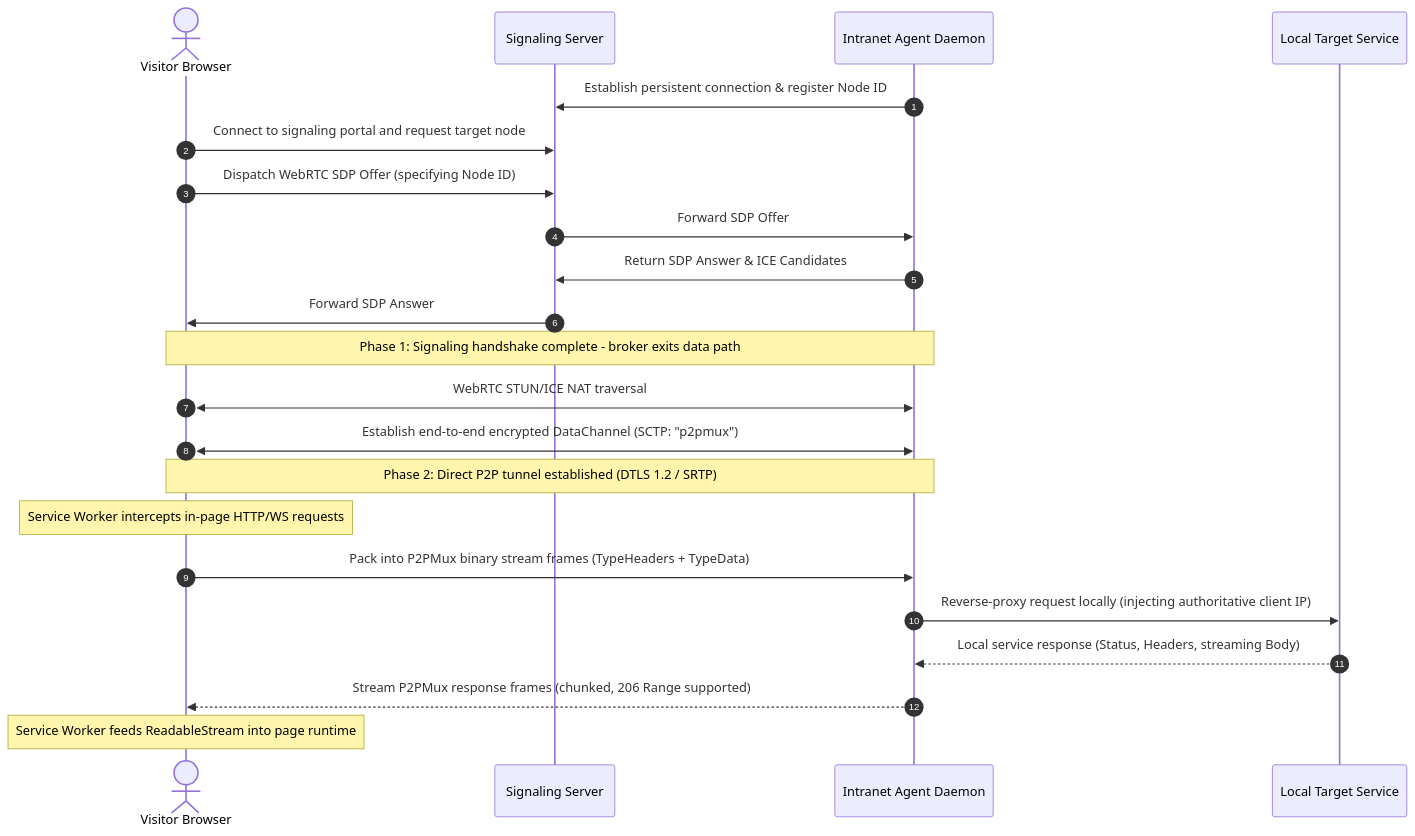
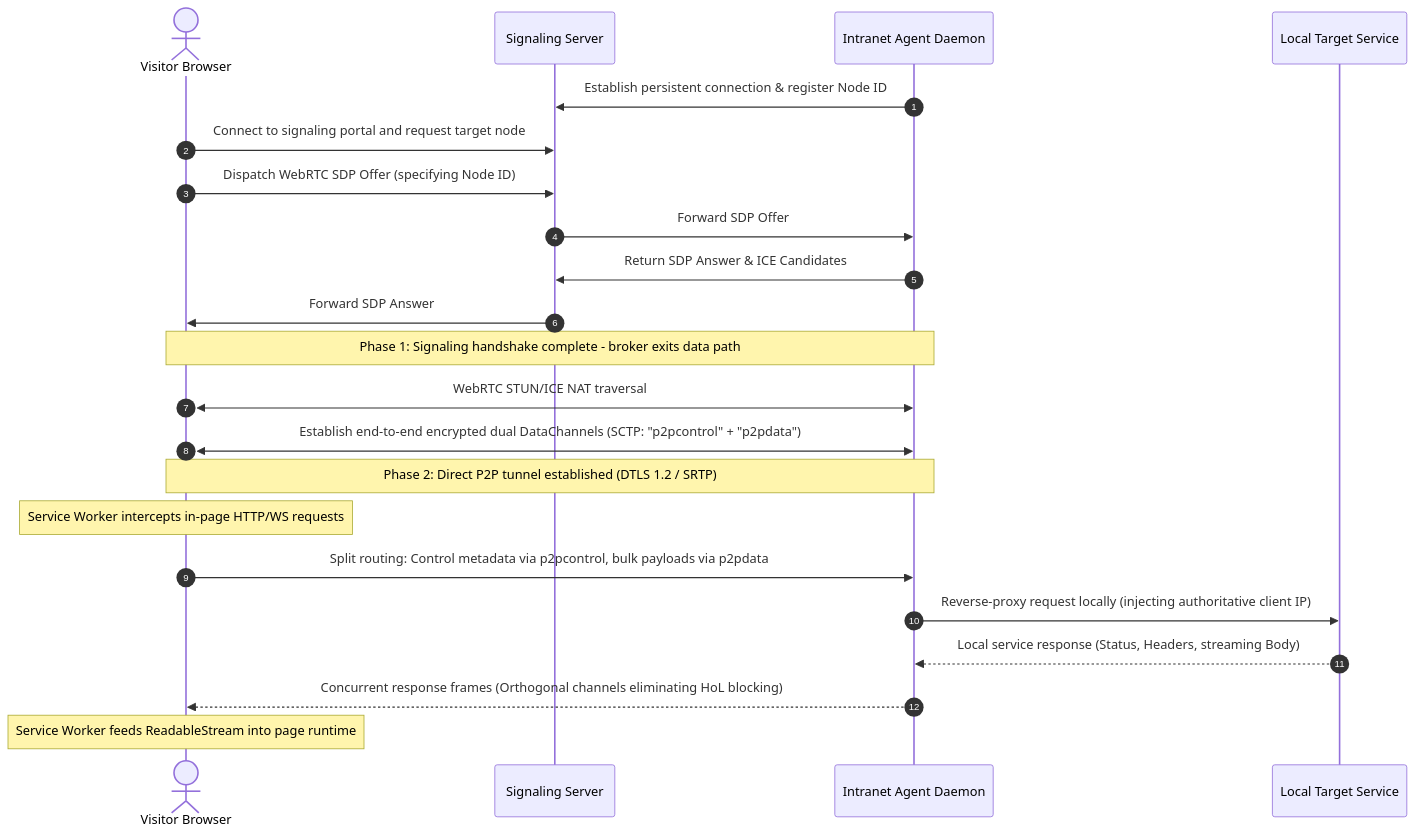
One commit to BeingNoAbility/WebRTC-Gateway changed the diagram in README_en.md. Above: the diagram before and after it, drawn with Mermaid. The commit also changed other lines of this file and 9 other files, not shown here.

Commit message:
docs: align documentation suite with v2.3 dual-channel architecture and benchmark reports

````diff
--- a/README_en.md
+++ b/README_en.md
@@ -81,27 +81,27 @@
 ```mermaid
 sequenceDiagram
     autonumber
     actor Visitor as Visitor Browser
     participant Signal as Signaling Server
     participant Agent as Intranet Agent Daemon
     participant Target as Local Target Service
 
     Agent->>Signal: Establish persistent connection & register Node ID
     Visitor->>Signal: Connect to signaling portal and request target node
     Visitor->>Signal: Dispatch WebRTC SDP Offer (specifying Node ID)
     Signal->>Agent: Forward SDP Offer
     Agent->>Signal: Return SDP Answer & ICE Candidates
     Signal->>Visitor: Forward SDP Answer
     Note over Visitor,Agent: Phase 1: Signaling handshake complete - broker exits data path
 
     Visitor<<->>Agent: WebRTC STUN/ICE NAT traversal
-    Visitor<<->>Agent: Establish end-to-end encrypted DataChannel (SCTP: "p2pmux")
+    Visitor<<->>Agent: Establish end-to-end encrypted dual DataChannels (SCTP: "p2pcontrol" + "p2pdata")
     Note over Visitor,Agent: Phase 2: Direct P2P tunnel established (DTLS 1.2 / SRTP)
 
     Note over Visitor: Service Worker intercepts in-page HTTP/WS requests
-    Visitor->>Agent: Pack into P2PMux binary stream frames (TypeHeaders + TypeData)
+    Visitor->>Agent: Split routing: Control metadata via p2pcontrol, bulk payloads via p2pdata
     Agent->>Target: Reverse-proxy request locally (injecting authoritative client IP)
     Target-->>Agent: Local service response (Status, Headers, streaming Body)
-    Agent-->>Visitor: Stream P2PMux response frames (chunked, 206 Range supported)
+    Agent-->>Visitor: Concurrent response frames (Orthogonal channels eliminating HoL blocking)
     Note over Visitor: Service Worker feeds ReadableStream into page runtime
 ```
````
